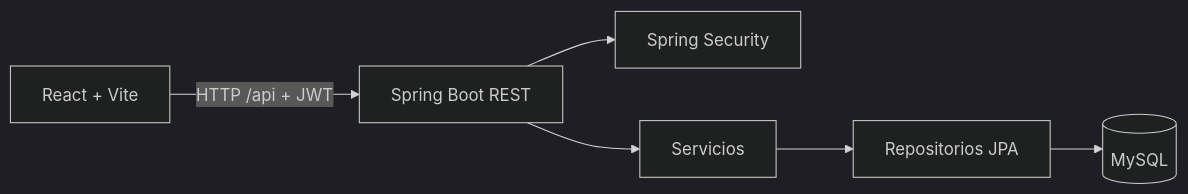
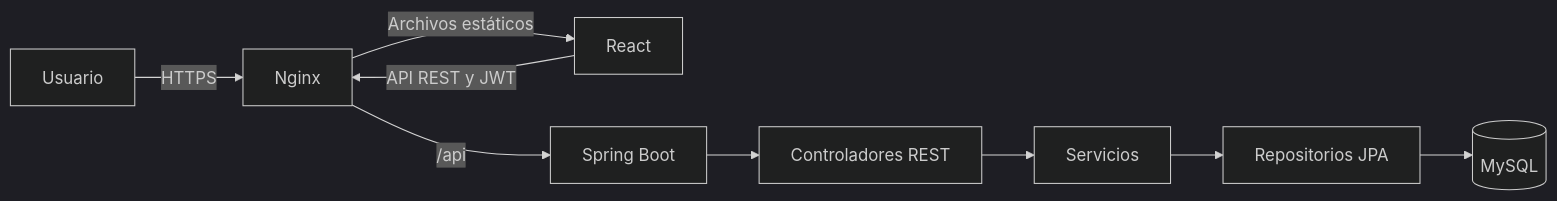
Before and after one commit to CarlosEnriqueGarciaUnda/IronGym-App: the diagram in README.md, drawn with Mermaid (dark theme). The commit also changed other lines of this file and 2 other files, not shown here.

Commit message:
docs: completar README y diagramas entidad relacion

````diff
--- a/README.md
+++ b/README.md
@@ -28,8 +64,11 @@
 ```mermaid
 flowchart LR
-    UI[React + Vite] -->|HTTP /api + JWT| API[Spring Boot REST]
-    API --> SEG[Spring Security]
-    API --> SRV[Servicios]
-    SRV --> JPA[Repositorios JPA]
-    JPA --> DB[(MySQL)]
+    U[Usuario] -->|HTTPS| N[Nginx]
+    N -->|Archivos estáticos| R[React]
+    R -->|API REST y JWT| N
+    N -->|/api| S[Spring Boot]
+    S --> C[Controladores REST]
+    C --> B[Servicios]
+    B --> J[Repositorios JPA]
+    J --> D[(MySQL)]
 ```
````
